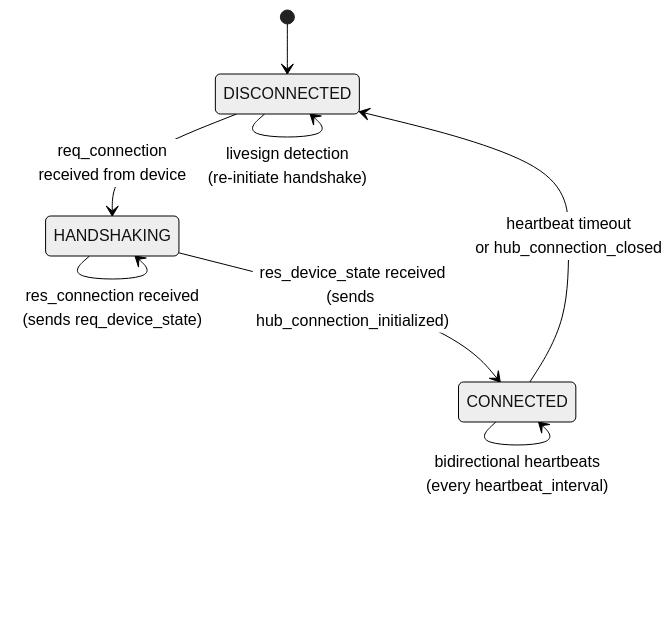
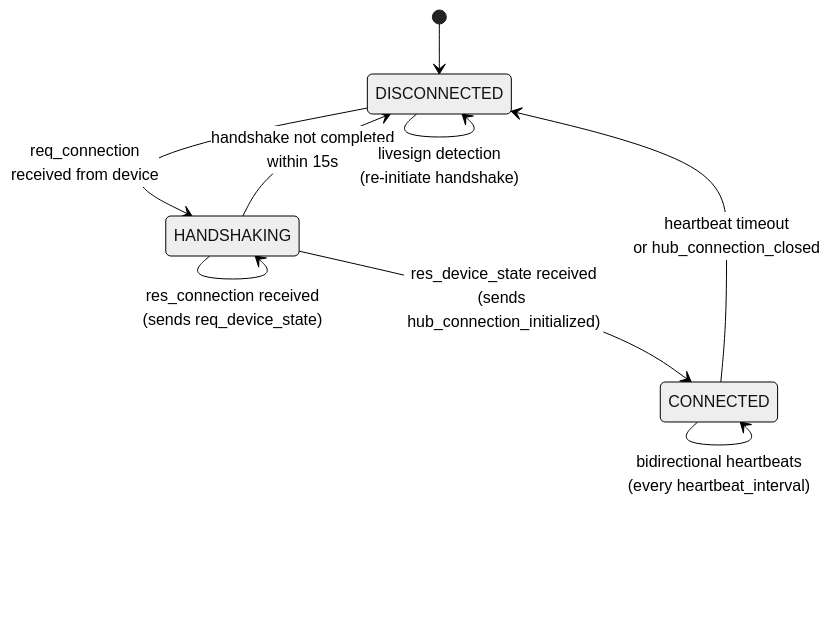
Before and after one commit to happydasch/nspanel_haui: the second of 2 diagrams in docs/hub.md, drawn with Mermaid (neutral theme). The commit also changed other lines of this file and 379 other files, not shown here.

````diff
--- a/docs/hub.md
+++ b/docs/hub.md
@@ -143,18 +142,19 @@
 ```mermaid
 stateDiagram-v2
     state DISCONNECTED
     state HANDSHAKING
     state CONNECTED
 
     [*] --> DISCONNECTED
 
     DISCONNECTED --> HANDSHAKING: req_connection<br/>received from device
 
     HANDSHAKING --> HANDSHAKING: res_connection received<br/>(sends req_device_state)
     HANDSHAKING --> CONNECTED: res_device_state received<br/>(sends hub_connection_initialized)
 
+    HANDSHAKING --> DISCONNECTED: handshake not completed<br/>within 15s
     CONNECTED --> DISCONNECTED: heartbeat timeout<br/>or hub_connection_closed
     CONNECTED --> CONNECTED: bidirectional heartbeats<br/>(every heartbeat_interval)
 
     DISCONNECTED --> DISCONNECTED: livesign detection<br/>(re-initiate handshake)
 ```
````
